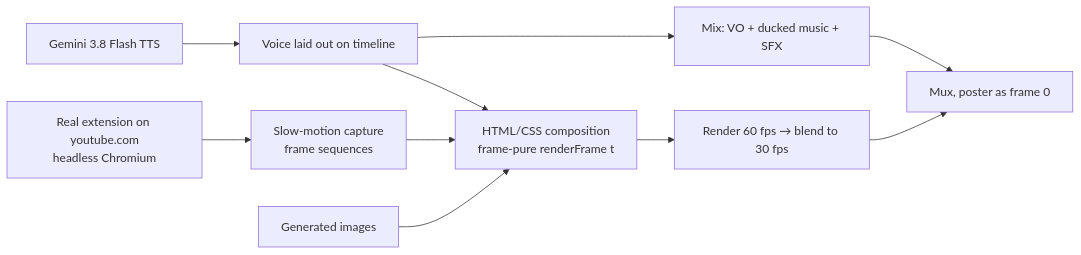
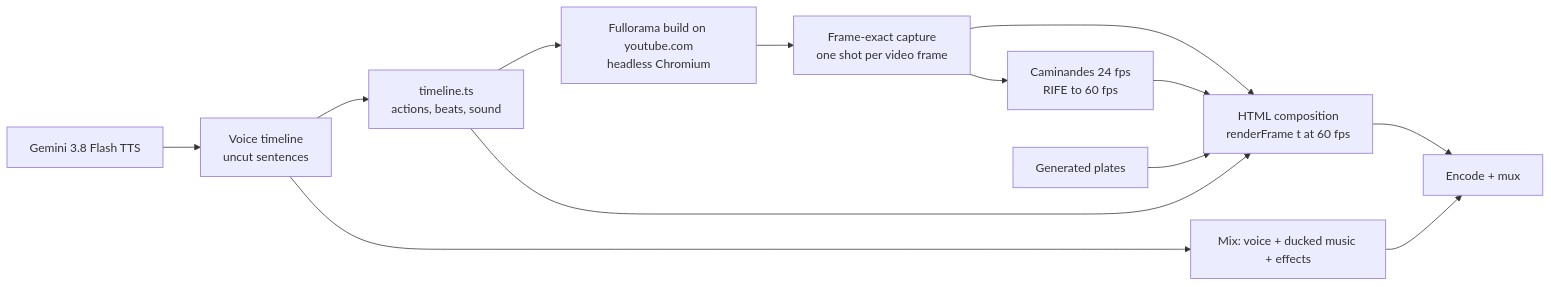
Before and after one commit to sudhz/fullorama: the diagram in marketing/launch-film/making-of.md, drawn with Mermaid. The commit also changed other lines of this file and 2 other files, not shown here.

Commit message:
use rebuilt Fullorama demo film in README and making-of

````diff
--- a/marketing/launch-film/making-of.md
+++ b/marketing/launch-film/making-of.md
@@ -22,12 +20,15 @@
 ```mermaid
 flowchart LR
-  A[Real extension on youtube.com<br/>headless Chromium] --> B[Slow-motion capture<br/>frame sequences]
-  C[Gemini 3.8 Flash TTS] --> D[Voice laid out on timeline]
-  B --> E[HTML/CSS composition<br/>frame-pure renderFrame t]
-  D --> E
-  F[Generated images] --> E
-  E --> G[Render 60 fps → blend to 30 fps]
-  D --> H[Mix: VO + ducked music + SFX]
-  G --> I[Mux, poster as frame 0]
-  H --> I
+  A[Fullorama build on youtube.com<br/>headless Chromium] --> B[Frame-exact capture<br/>one shot per video frame]
+  B --> C[Caminandes 24 fps<br/>RIFE to 60 fps]
+  D[Gemini 3.8 Flash TTS] --> E[Voice timeline<br/>uncut sentences]
+  E --> F[timeline.ts<br/>actions, beats, sound]
+  F --> A
+  B --> G[HTML composition<br/>renderFrame t at 60 fps]
+  C --> G
+  H[Generated plates] --> G
+  F --> G
+  E --> I[Mix: voice + ducked music + effects]
+  G --> J[Encode + mux]
+  I --> J
 ```
````
